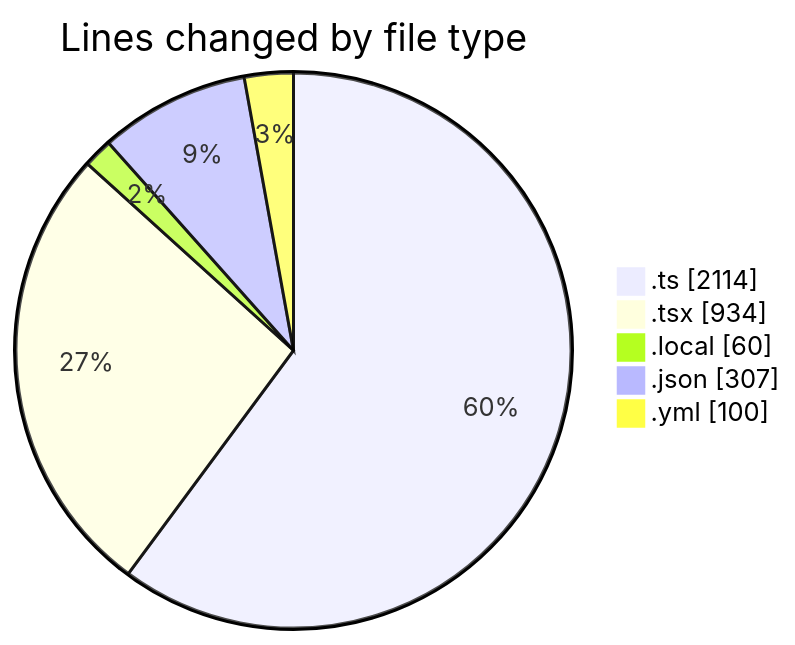
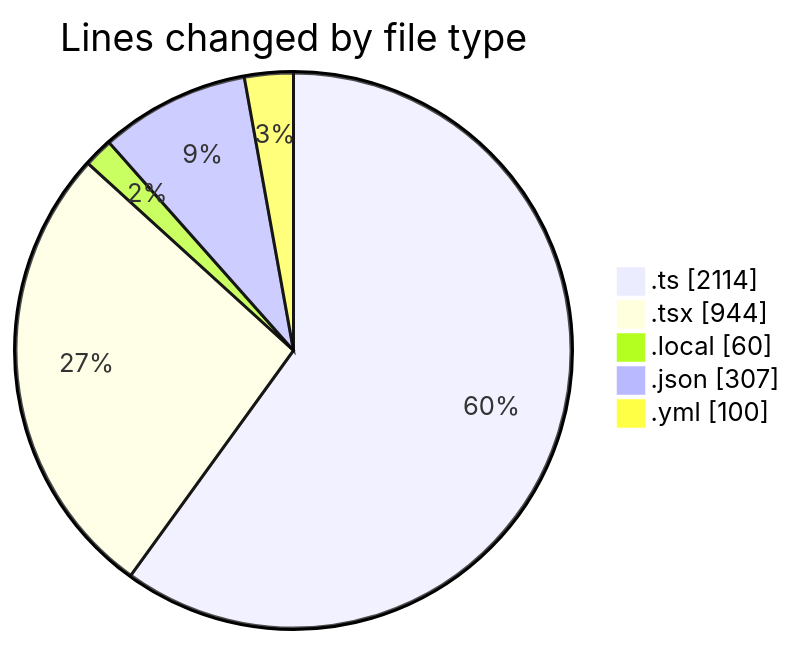
Before and after one commit to julien-gomy/code-tracking: the first of 2 diagrams in 2025-11-26/eventscop-frontend-guide__workspace_/README.md, drawn with Mermaid. The commit also changed other lines of this file and 1 other file, not shown here.

````diff
--- a/2025-11-26/eventscop-frontend-guide__workspace_/README.md
+++ b/2025-11-26/eventscop-frontend-guide__workspace_/README.md
@@ -35,9 +35,9 @@
 ```mermaid
 pie showData
 title Lines changed by file type
 ".ts" : 2114
-".tsx" : 934
+".tsx" : 944
 ".local" : 60
 ".json" : 307
 ".yml" : 100
 ```
````
